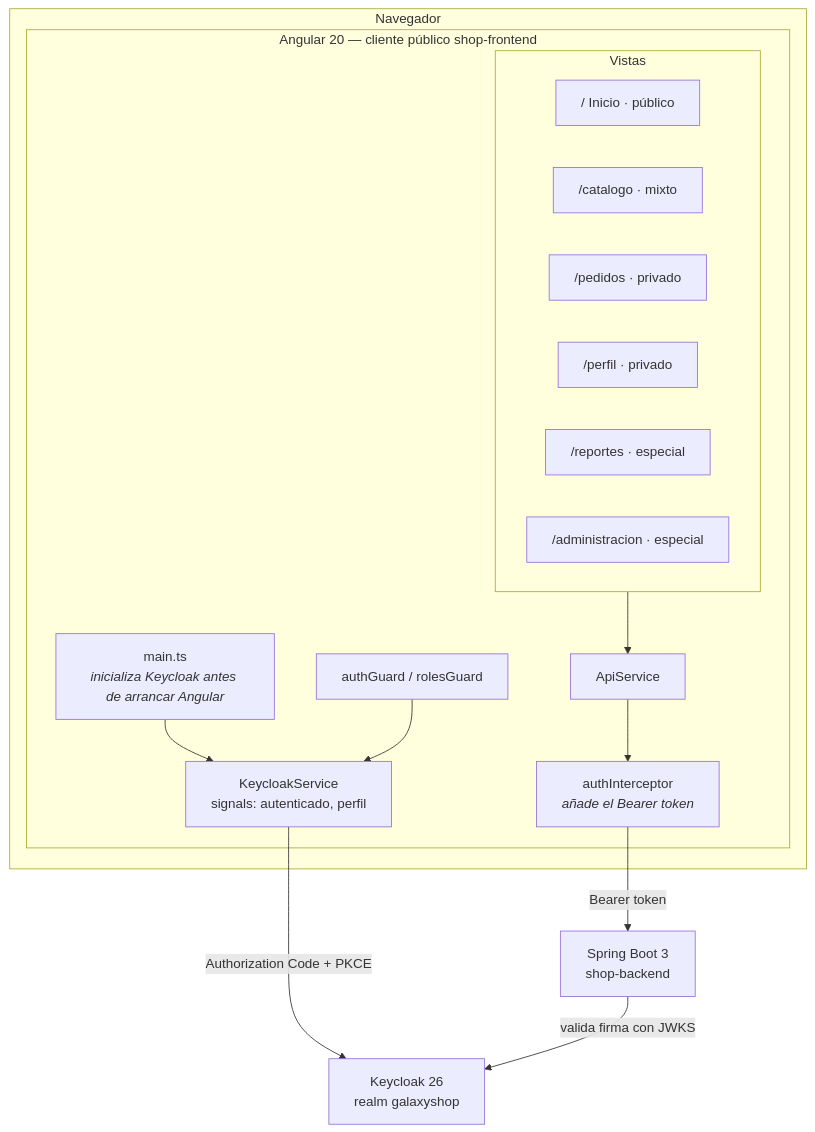
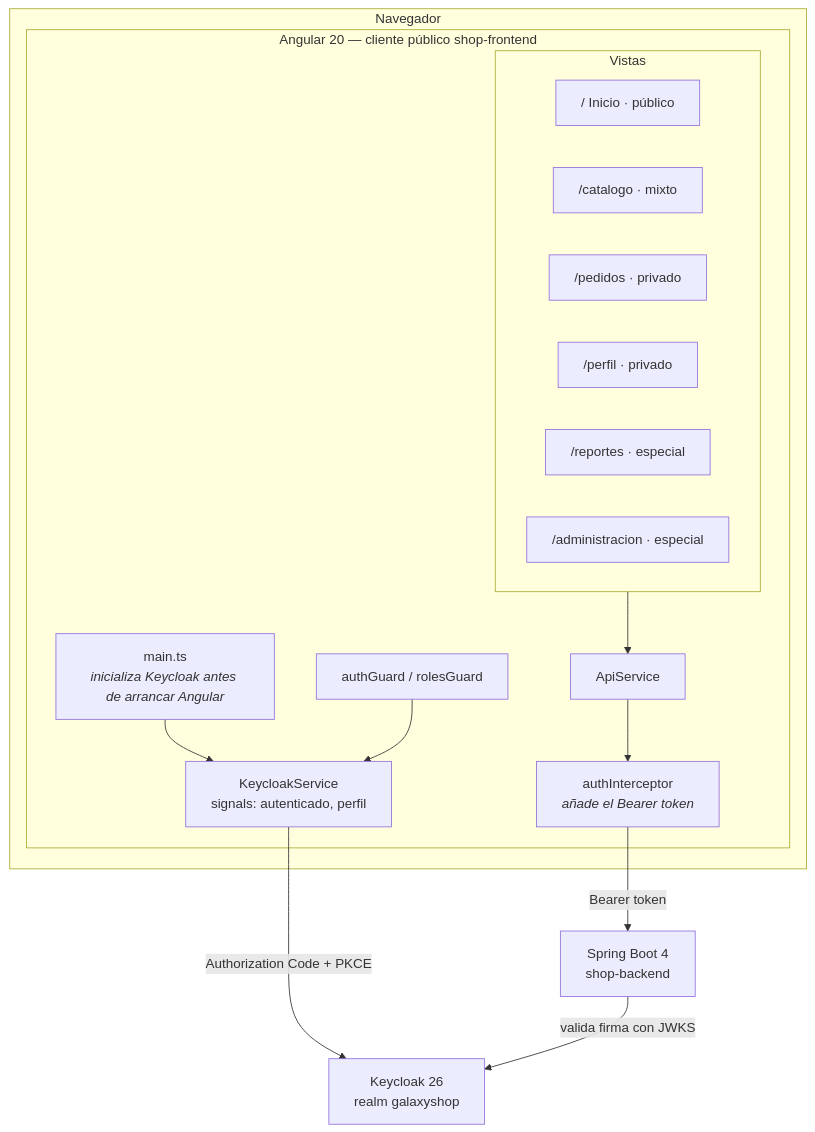
The first of 2 diagrams in docs/03-frontend-angular.md (marianoalcantarafrancia-ui/galaxyshop), drawn with Mermaid before and after one commit. The commit also changed 9 other files, not shown here.

````diff
--- a/docs/03-frontend-angular.md
+++ b/docs/03-frontend-angular.md
@@ -5,32 +5,32 @@
 ```mermaid
 graph TB
     subgraph NAV["Navegador"]
         subgraph APP["Angular 20 — cliente público shop-frontend"]
             M["main.ts<br/><i>inicializa Keycloak antes de arrancar Angular</i>"]
             KS["KeycloakService<br/>signals: autenticado, perfil"]
             IN["authInterceptor<br/><i>añade el Bearer token</i>"]
             GU["authGuard / rolesGuard"]
             API["ApiService"]
 
             subgraph VIS["Vistas"]
                 V1["/ Inicio · público"]
                 V2["/catalogo · mixto"]
                 V3["/pedidos · privado"]
                 V4["/perfil · privado"]
                 V5["/reportes · especial"]
                 V6["/administracion · especial"]
             end
         end
     end
 
     K["Keycloak 26<br/>realm galaxyshop"]
-    S["Spring Boot 3<br/>shop-backend"]
+    S["Spring Boot 4<br/>shop-backend"]
 
     M --> KS
     KS -->|"Authorization Code + PKCE"| K
     GU --> KS
     VIS --> API
     API --> IN
     IN -->|"Bearer token"| S
     S -->|"valida firma con JWKS"| K
 ```
````
